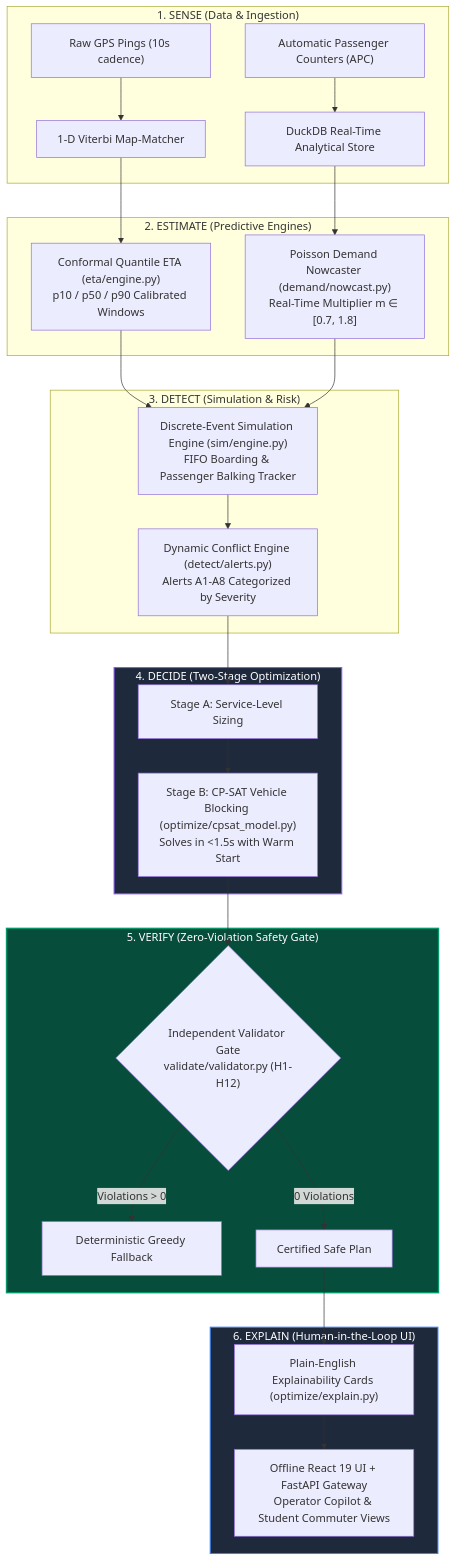
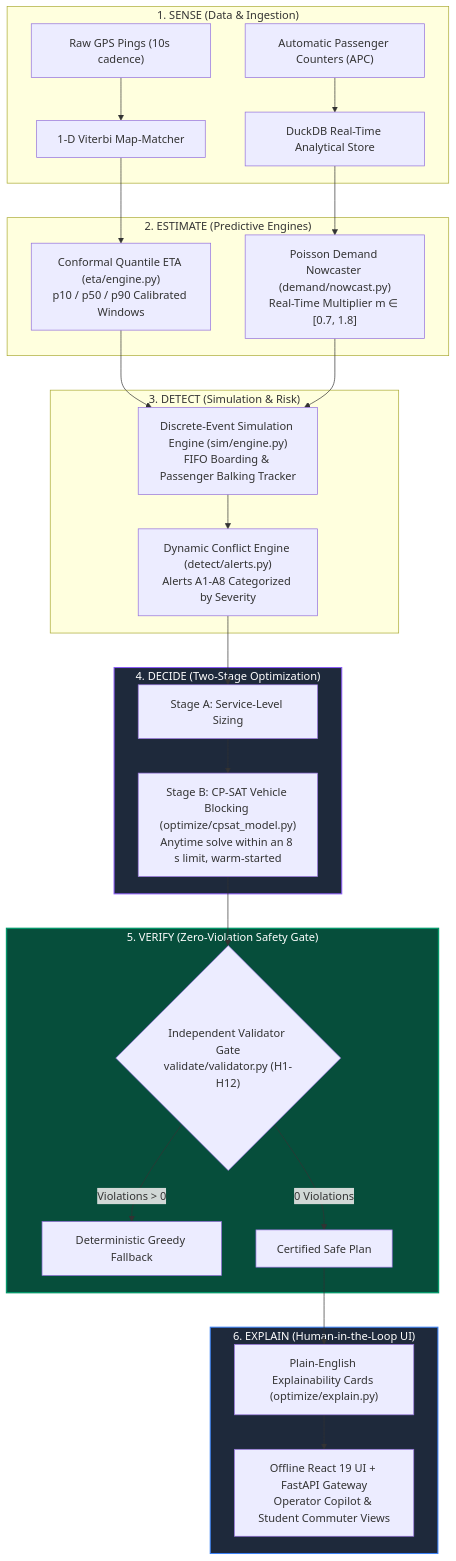
Before and after one commit to NEXUS-888/RoutePulse: the diagram in docs/PITCH_DECK.md, drawn with Mermaid. The commit also changed other lines of this file and 41 other files, not shown here.

````diff
--- a/docs/PITCH_DECK.md
+++ b/docs/PITCH_DECK.md
@@ -114,37 +114,37 @@
 ```mermaid
 flowchart TB
     subgraph STAGE1["1. SENSE (Data & Ingestion)"]
         GPS["Raw GPS Pings (10s cadence)"] --> MM["1-D Viterbi Map-Matcher"]
         APC["Automatic Passenger Counters (APC)"] --> DUCK["DuckDB Real-Time Analytical Store"]
     end
 
     subgraph STAGE2["2. ESTIMATE (Predictive Engines)"]
         MM --> ETA_MOD["Conformal Quantile ETA (eta/engine.py)<br/>p10 / p50 / p90 Calibrated Windows"]
         DUCK --> DEM_MOD["Poisson Demand Nowcaster (demand/nowcast.py)<br/>Real-Time Multiplier m ∈ [0.7, 1.8]"]
     end
 
     subgraph STAGE3["3. DETECT (Simulation & Risk)"]
         ETA_MOD & DEM_MOD --> SIM["Discrete-Event Simulation Engine (sim/engine.py)<br/>FIFO Boarding & Passenger Balking Tracker"]
         SIM --> ALERTS["Dynamic Conflict Engine (detect/alerts.py)<br/>Alerts A1-A8 Categorized by Severity"]
     end
 
     subgraph STAGE4["4. DECIDE (Two-Stage Optimization)"]
         ALERTS --> STAGE_A["Stage A: Service-Level Sizing"]
-        STAGE_A --> STAGE_B["Stage B: CP-SAT Vehicle Blocking (optimize/cpsat_model.py)<br/>Solves in <1.5s with Warm Start"]
+        STAGE_A --> STAGE_B["Stage B: CP-SAT Vehicle Blocking (optimize/cpsat_model.py)<br/>Anytime solve within an 8 s limit, warm-started"]
     end
 
     subgraph STAGE5["5. VERIFY (Zero-Violation Safety Gate)"]
         STAGE_B --> VAL{"Independent Validator Gate<br/>validate/validator.py (H1-H12)"}
         VAL -- "Violations > 0" --> GREEDY["Deterministic Greedy Fallback"]
         VAL -- "0 Violations" --> CERT["Certified Safe Plan"]
     end
 
     subgraph STAGE6["6. EXPLAIN (Human-in-the-Loop UI)"]
         CERT --> CARDS["Plain-English Explainability Cards (optimize/explain.py)"]
         CARDS --> UI["Offline React 19 UI + FastAPI Gateway<br/>Operator Copilot & Student Commuter Views"]
     end
 
     style STAGE5 fill:#064e3b,stroke:#059669,stroke-width:2px,color:#ffffff
     style STAGE4 fill:#1e293b,stroke:#8b5cf6,stroke-width:1.5px,color:#ffffff
     style STAGE6 fill:#1e293b,stroke:#3b82f6,stroke-width:1.5px,color:#ffffff
 ```
````
